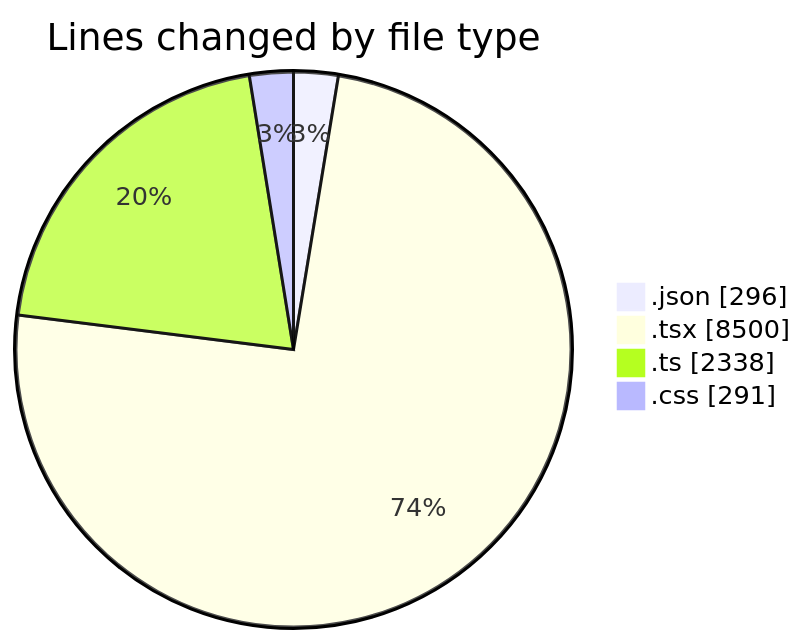
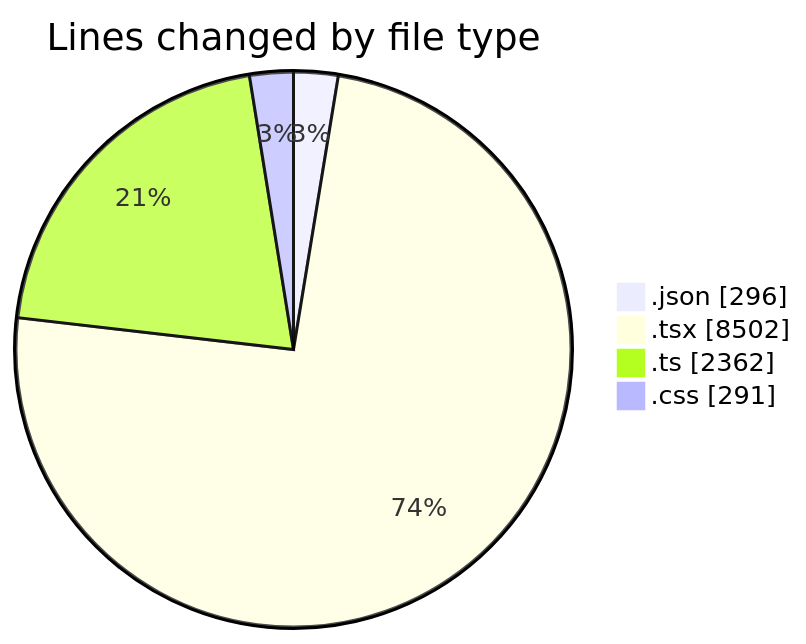
Before and after one commit to julien-gomy/code-tracking: the first of 2 diagrams in 2025-10-07/eventscop-frontend-guide__workspace_/README.md, drawn with Mermaid. The commit also changed other lines of this file and 1 other file, not shown here.

````diff
--- a/2025-10-07/eventscop-frontend-guide__workspace_/README.md
+++ b/2025-10-07/eventscop-frontend-guide__workspace_/README.md
@@ -81,8 +82,8 @@
 ```mermaid
 pie showData
 title Lines changed by file type
 ".json" : 296
-".tsx" : 8500
-".ts" : 2338
+".tsx" : 8502
+".ts" : 2362
 ".css" : 291
 ```
````
